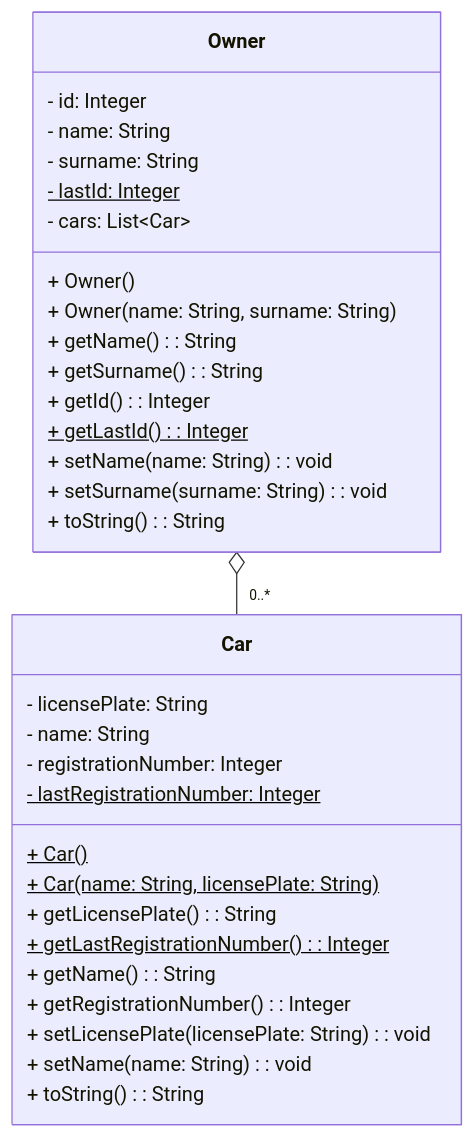
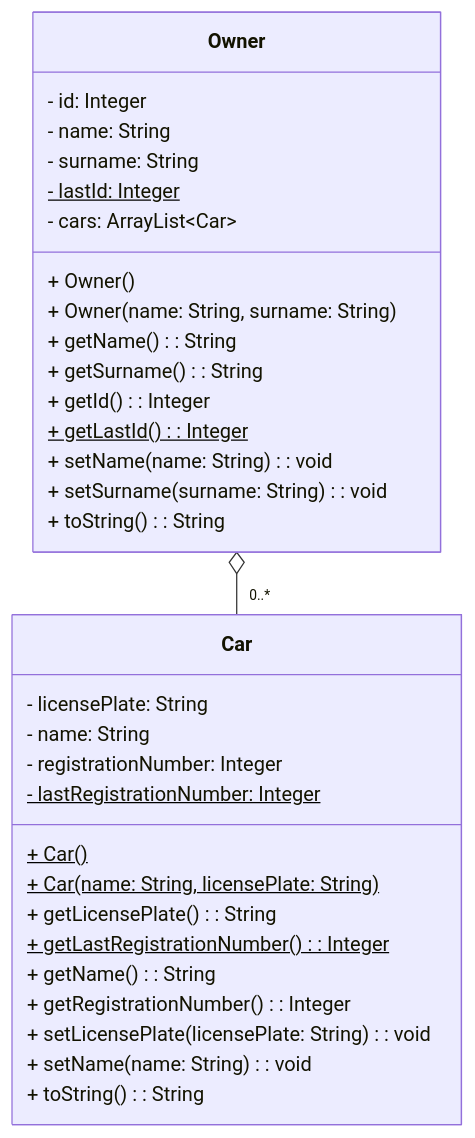
Before and after one commit to C4lopsitta/notes: the second of 2 diagrams in IT/UMLs/Car UML.md, drawn with Mermaid. The commit also changed 1 other file, not shown here.

Commit message:
school obsidian vault backup 2023-10-14 11:30:03

````diff
--- a/IT/UMLs/Car UML.md
+++ b/IT/UMLs/Car UML.md
@@ -40,39 +40,39 @@
 ```mermaid
 classDiagram
 class Car{
 	- licensePlate: String
 	- name: String
 	- registrationNumber: Integer
 	- lastRegistrationNumber: Integer$
 	+ Car()$
 	+ Car(name: String, licensePlate: String)$
 	+ getLicensePlate(): String
 	+ getLastRegistrationNumber(): Integer$
 	+ getName(): String
 	+ getRegistrationNumber(): Integer
 	+ setLicensePlate(licensePlate: String): void
 	+ setName(name: String): void
 	+ toString(): String
 }
 
 class Owner{
 	- id: Integer
 	- name: String
 	- surname: String
 	- lastId: Integer$
-	- cars: List~Car~
+	- cars: ArrayList~Car~
 
 
 	+ Owner()
 	+ Owner(name: String, surname: String)
 	+ getName(): String
 	+ getSurname(): String
 	+ getId(): Integer
 	+ getLastId(): Integer$
 	+ setName(name: String): void
 	+ setSurname(surname: String): void
 	+ toString(): String
 }
 
 Owner o-- "0..*" Car
 ```
````
